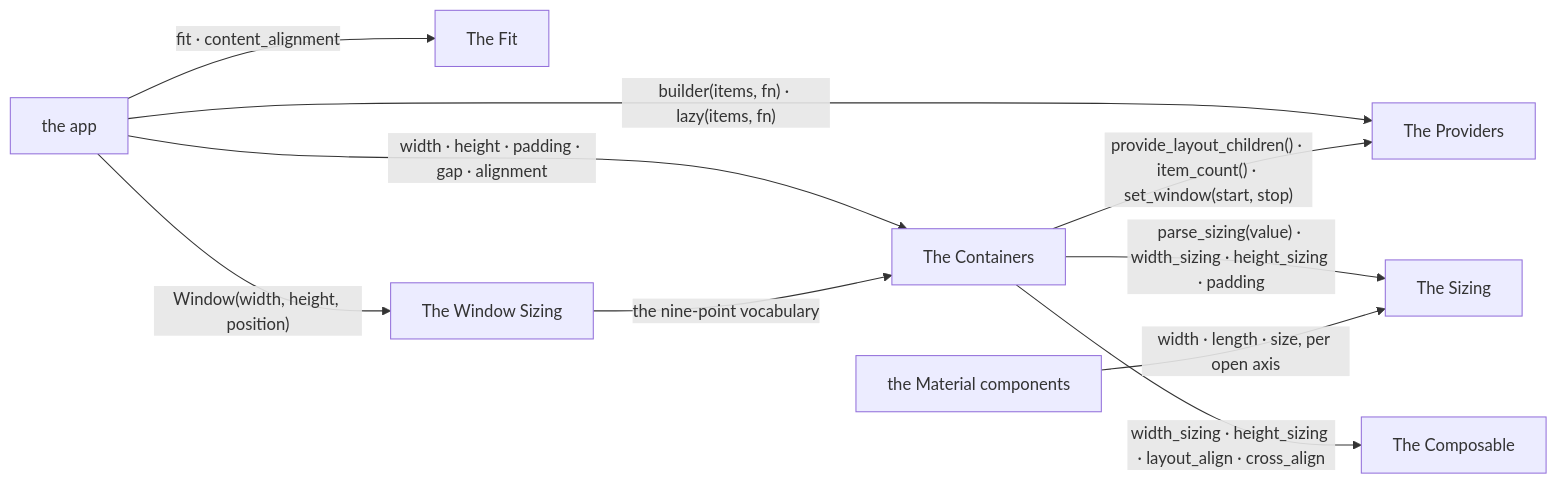
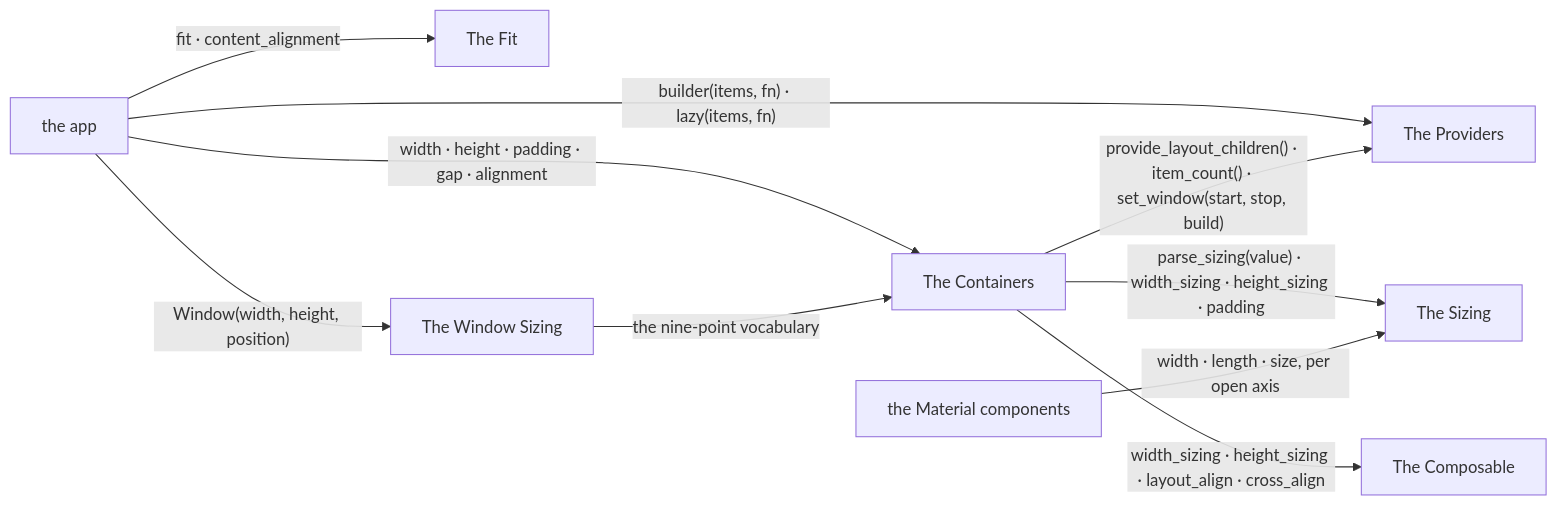
Before and after one commit to yuksblog/nuiitivet: the first of 10 diagrams in docs/design/LAYOUT.md, drawn with Mermaid. The commit also changed other lines of this file and 17 other files, not shown here.

````diff
--- a/docs/design/LAYOUT.md
+++ b/docs/design/LAYOUT.md
@@ -12,21 +12,21 @@
 ```mermaid
 flowchart LR
     sizing[The Sizing]
     containers[The Containers]
     providers[The Providers]
     composable[The Composable]
     fit[The Fit]
     window[The Window Sizing]
     material[the Material components]
     app[the app]
 
     app -- "width · height · padding · gap · alignment" --> containers
     app -- "builder(items, fn) · lazy(items, fn)" --> providers
-    containers -- "provide_layout_children() · item_count() · set_window(start, stop)" --> providers
+    containers -- "provide_layout_children() · item_count() · set_window(start, stop, build)" --> providers
     containers -- "parse_sizing(value) · width_sizing · height_sizing · padding" --> sizing
     containers -- "width_sizing · height_sizing · layout_align · cross_align" --> composable
     material -- "width · length · size, per open axis" --> sizing
     app -- "fit · content_alignment" --> fit
     app -- "Window(width, height, position)" --> window
     window -- "the nine-point vocabulary" --> containers
 ```
````
